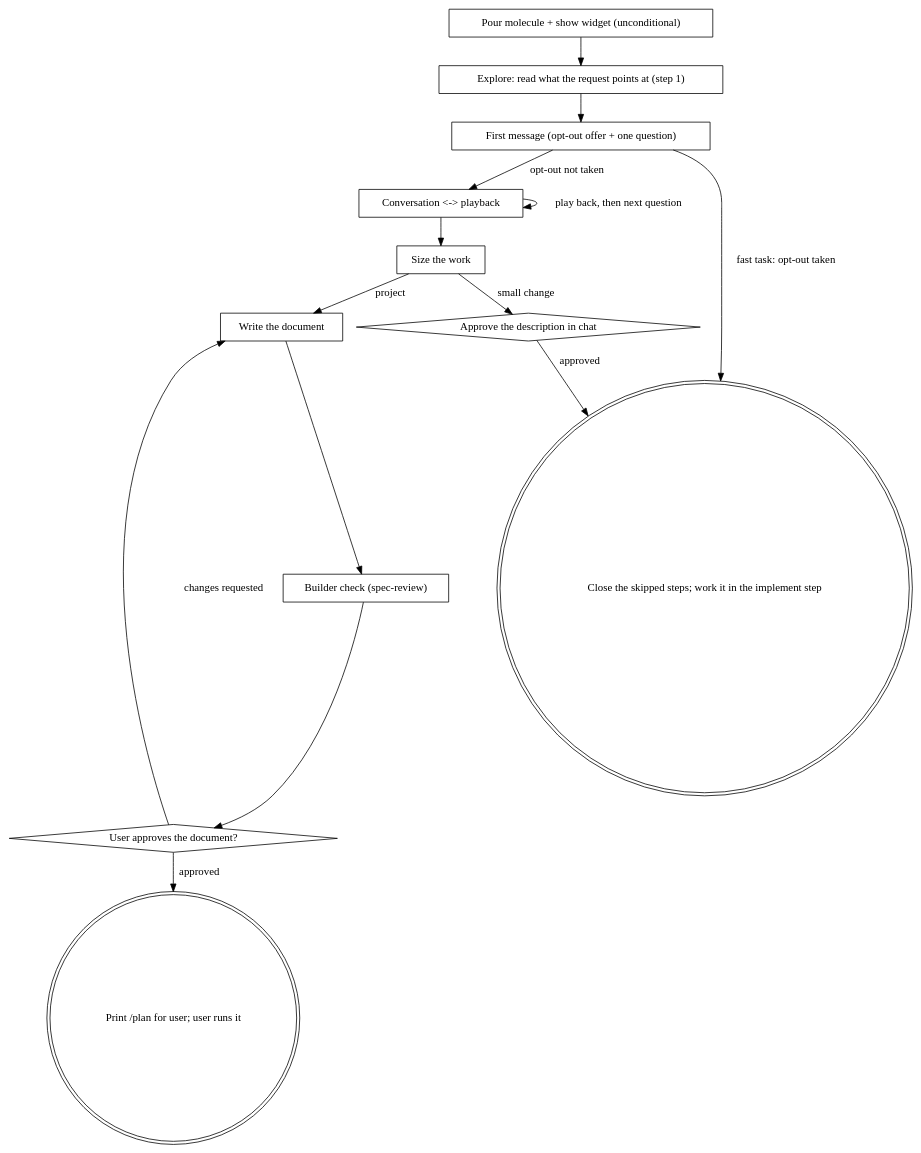
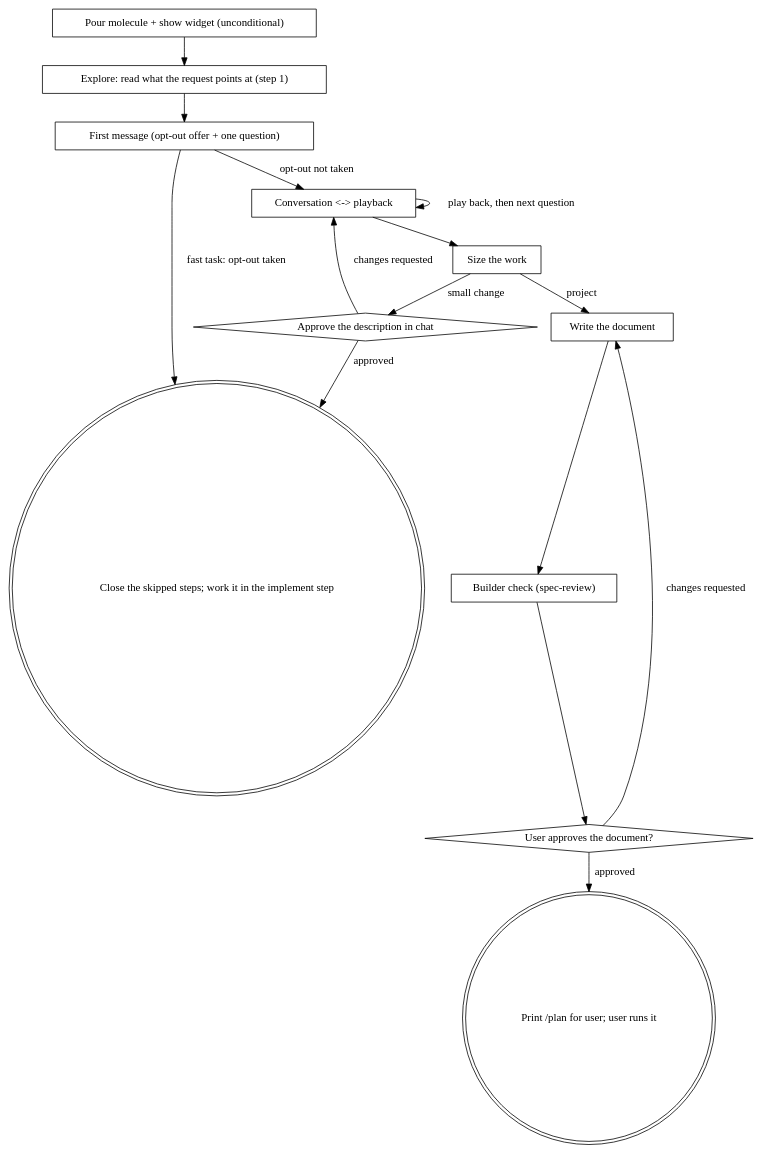
One commit to johnstegeman/pi-packages changed the diagram in packages/pi-superpowers-plus/skills/brainstorming/reference/process-flow.md. Above: the diagram before and after it, drawn with Graphviz. The commit also changed other lines of this file and 3 other files, not shown here.

Commit message:
fix(superpowers): address Task 5 review — banner, changelog, graph, wraps

````diff
--- a/packages/pi-superpowers-plus/skills/brainstorming/reference/process-flow.md
+++ b/packages/pi-superpowers-plus/skills/brainstorming/reference/process-flow.md
@@ -3,29 +3,30 @@
 ```dot
 digraph brainstorming {
     "Pour molecule + show widget (unconditional)" [shape=box];
     "Explore: read what the request points at (step 1)" [shape=box];
     "First message (opt-out offer + one question)" [shape=box];
     "Conversation <-> playback" [shape=box];
     "Size the work" [shape=box];
     "Approve the description in chat" [shape=diamond];
     "Close the skipped steps; work it in the implement step" [shape=doublecircle];
     "Write the document" [shape=box];
     "Builder check (spec-review)" [shape=box];
     "User approves the document?" [shape=diamond];
     "Print /plan for user; user runs it" [shape=doublecircle];
 
     "Pour molecule + show widget (unconditional)" -> "Explore: read what the request points at (step 1)";
     "Explore: read what the request points at (step 1)" -> "First message (opt-out offer + one question)";
     "First message (opt-out offer + one question)" -> "Conversation <-> playback" [label="opt-out not taken"];
     "First message (opt-out offer + one question)" -> "Close the skipped steps; work it in the implement step" [label="fast task: opt-out taken"];
     "Conversation <-> playback" -> "Conversation <-> playback" [label="play back, then next question"];
     "Conversation <-> playback" -> "Size the work";
     "Size the work" -> "Approve the description in chat" [label="small change"];
     "Size the work" -> "Write the document" [label="project"];
     "Approve the description in chat" -> "Close the skipped steps; work it in the implement step" [label="approved"];
+    "Approve the description in chat" -> "Conversation <-> playback" [label="changes requested"];
     "Write the document" -> "Builder check (spec-review)";
     "Builder check (spec-review)" -> "User approves the document?";
     "User approves the document?" -> "Write the document" [label="changes requested"];
     "User approves the document?" -> "Print /plan for user; user runs it" [label="approved"];
 }
 ```
````
